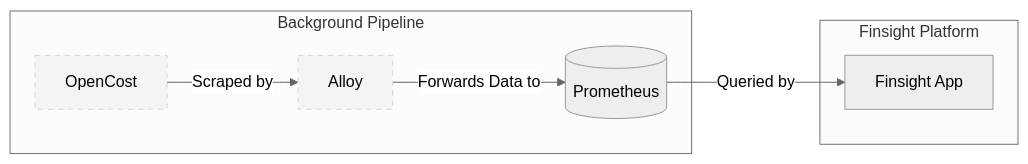
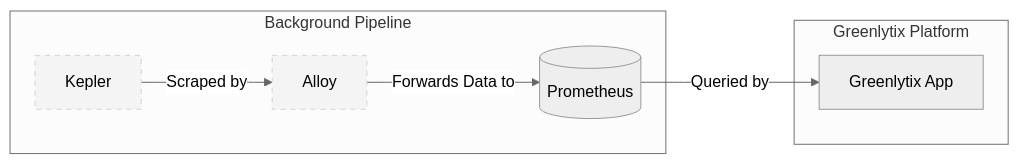
The diagram in README.md (sinulegend689-web/test), drawn with Mermaid (neutral theme) before and after one commit. The commit also changed other lines of this file, not shown here.

````diff
--- a/README.md
+++ b/README.md
@@ -21,16 +21,16 @@
 ```mermaid
 flowchart LR
-    subgraph Finsight Platform
-        FA[Finsight App]
+    subgraph Greenlytix Platform
+        GL[Greenlytix App]
     end
 
     subgraph Background Pipeline
-        OC[OpenCost] -- Scraped by --> AL[Alloy]
+        KP[Kepler] -- Scraped by --> AL[Alloy]
         AL -- Forwards Data to --> PR[(Prometheus)]
     end
 
-    PR -- Queried by --> FA
+    PR -- Queried by --> GL
 
     classDef background fill:#f4f4f4,stroke:#d3d3d3,stroke-dasharray: 5 5;
-    class OC,AL background;
+    class KP,AL background;
 ```
````
